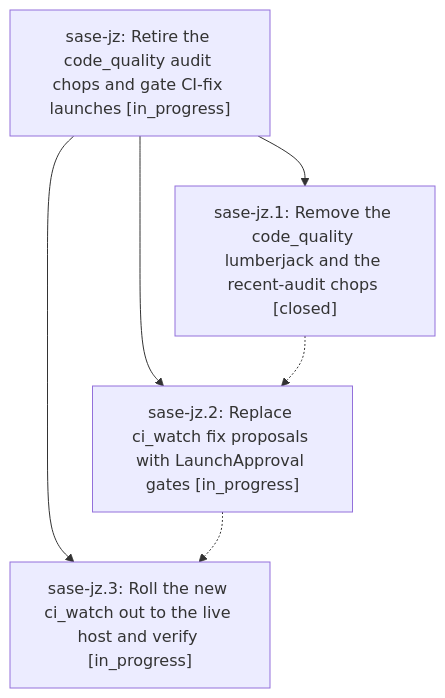
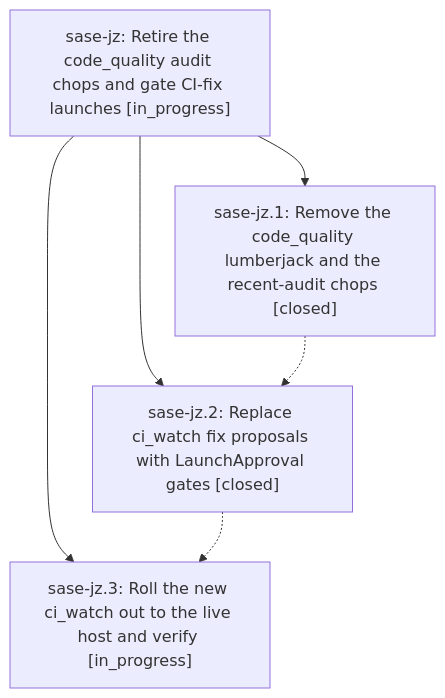
Before and after one commit to sase-org/sase--beads: the diagram in pages/sase-jz/README.md, drawn with Mermaid. The commit also changed other lines of this file and 3 other files, not shown here.

````diff
--- a/pages/sase-jz/README.md
+++ b/pages/sase-jz/README.md
@@ -24,12 +24,12 @@
 ```mermaid
 flowchart TD
     n0["sase-jz: Retire the code_quality audit chops and gate CI-fix launches [in_progress]"]
     n1["sase-jz.1: Remove the code_quality lumberjack and the recent-audit chops [closed]"]
-    n2["sase-jz.2: Replace ci_watch fix proposals with LaunchApproval gates [in_progress]"]
+    n2["sase-jz.2: Replace ci_watch fix proposals with LaunchApproval gates [closed]"]
     n3["sase-jz.3: Roll the new ci_watch out to the live host and verify [in_progress]"]
     n0 --> n1
     n0 --> n2
     n0 --> n3
     n1 -.-> n2
     n2 -.-> n3
 ```
````
